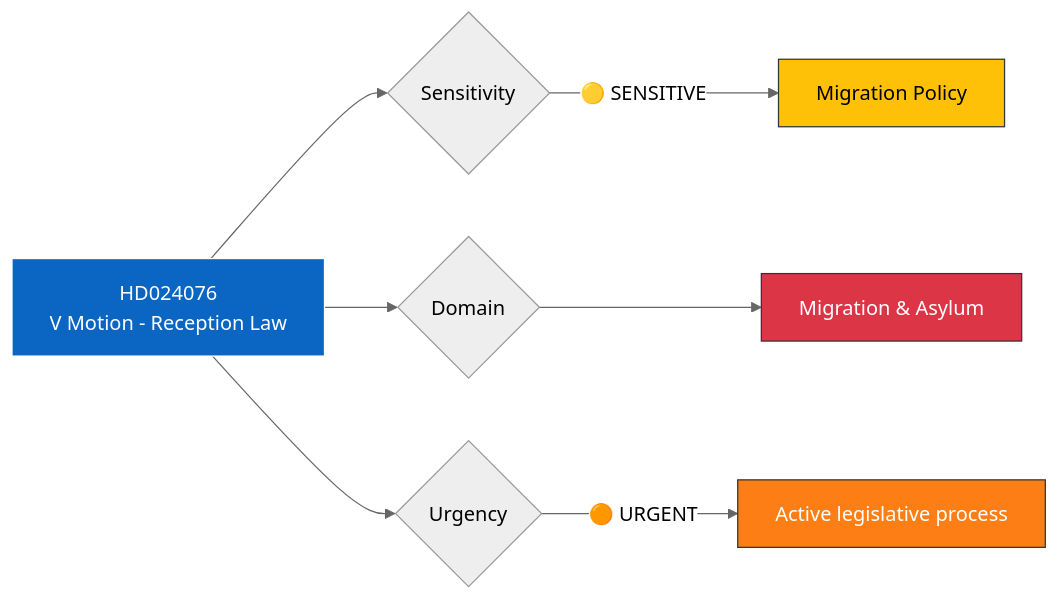
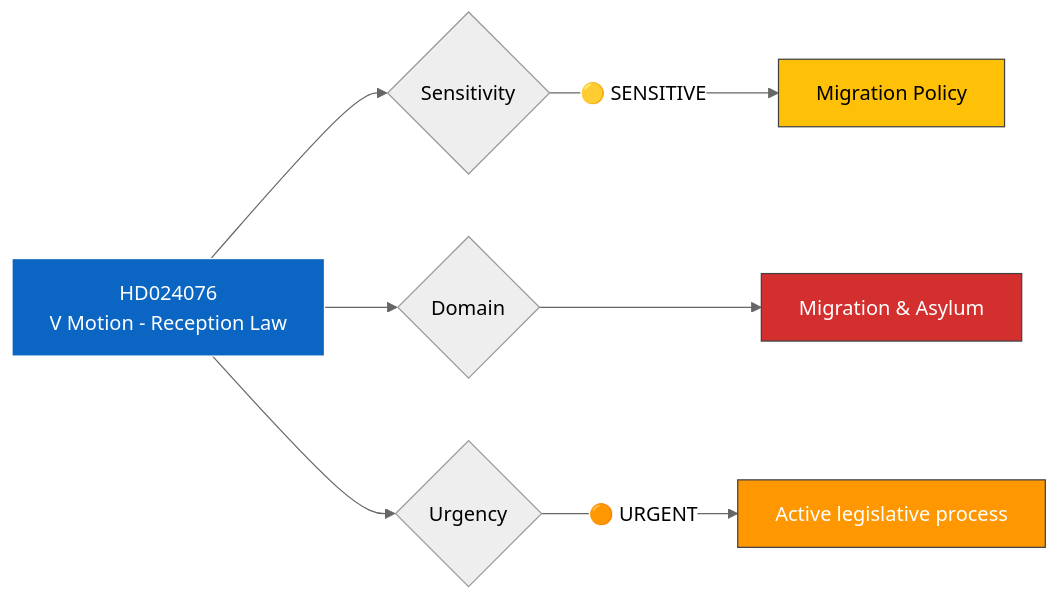
One commit to Hack23/riksdagsmonitor changed the diagram in analysis/daily/2026-04-13/realtime-1433/documents/HD024076-analysis.md. Above: the diagram before and after it, drawn with Mermaid (neutral theme). The commit also changed 785 other files, not shown here.

First line of the commit message:
Normalize mermaid colors across 786 analysis artifacts to ISMS Style Guide palette

````diff
--- a/analysis/daily/2026-04-13/realtime-1433/documents/HD024076-analysis.md
+++ b/analysis/daily/2026-04-13/realtime-1433/documents/HD024076-analysis.md
@@ -20,13 +20,13 @@
 ```mermaid
 graph LR
     A["HD024076<br/>V Motion - Reception Law"] --> B{"Sensitivity"}
     B -->|"🟡 SENSITIVE"| C["Migration Policy"]
     A --> D{"Domain"}
     D --> E["Migration & Asylum"]
     A --> F{"Urgency"}
     F -->|"🟠 URGENT"| G["Active legislative process"]
-    style A fill:#0A66C2,stroke:#fff,color:#fff
-    style C fill:#ffc107,stroke:#333,color:#000
-    style E fill:#dc3545,stroke:#333,color:#fff
-    style G fill:#fd7e14,stroke:#333,color:#fff
+    style A fill:#0A66C2,stroke:#FFFFFF,color:#FFFFFF
+    style C fill:#FFC107,stroke:#424242,color:#000000
+    style E fill:#D32F2F,stroke:#424242,color:#FFFFFF
+    style G fill:#FF9800,stroke:#424242,color:#FFFFFF
 ```
````
